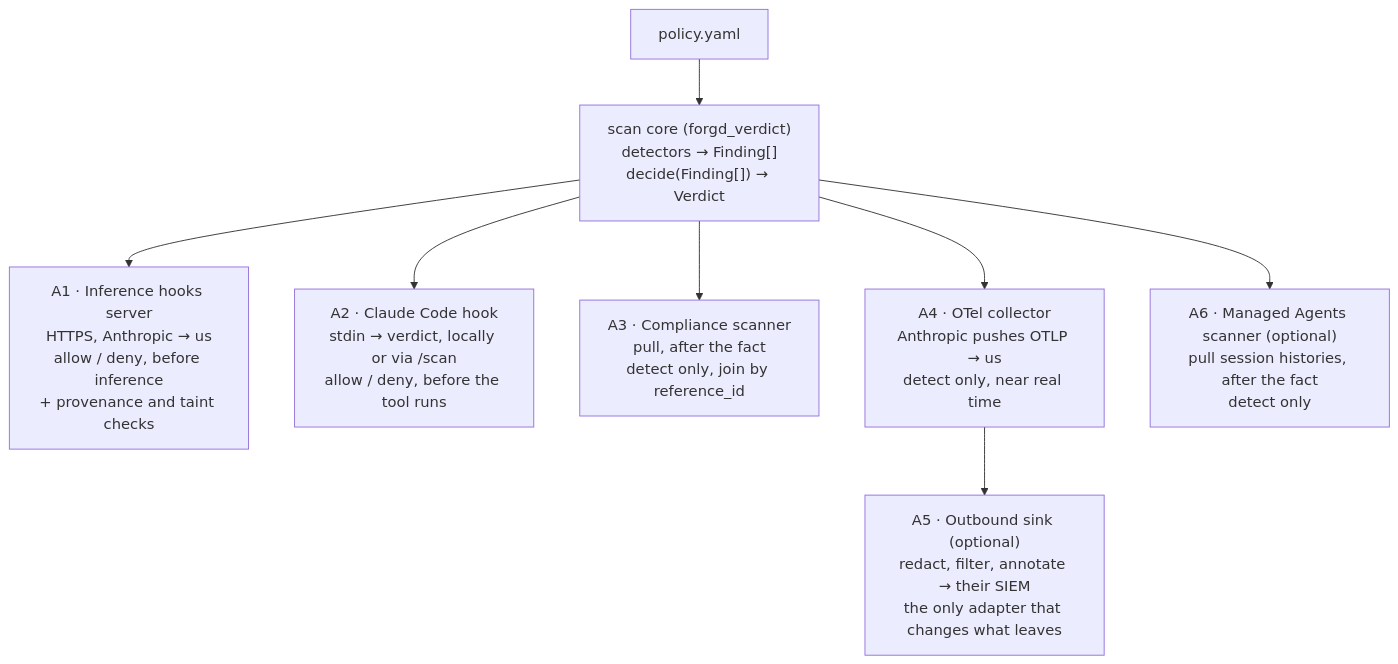
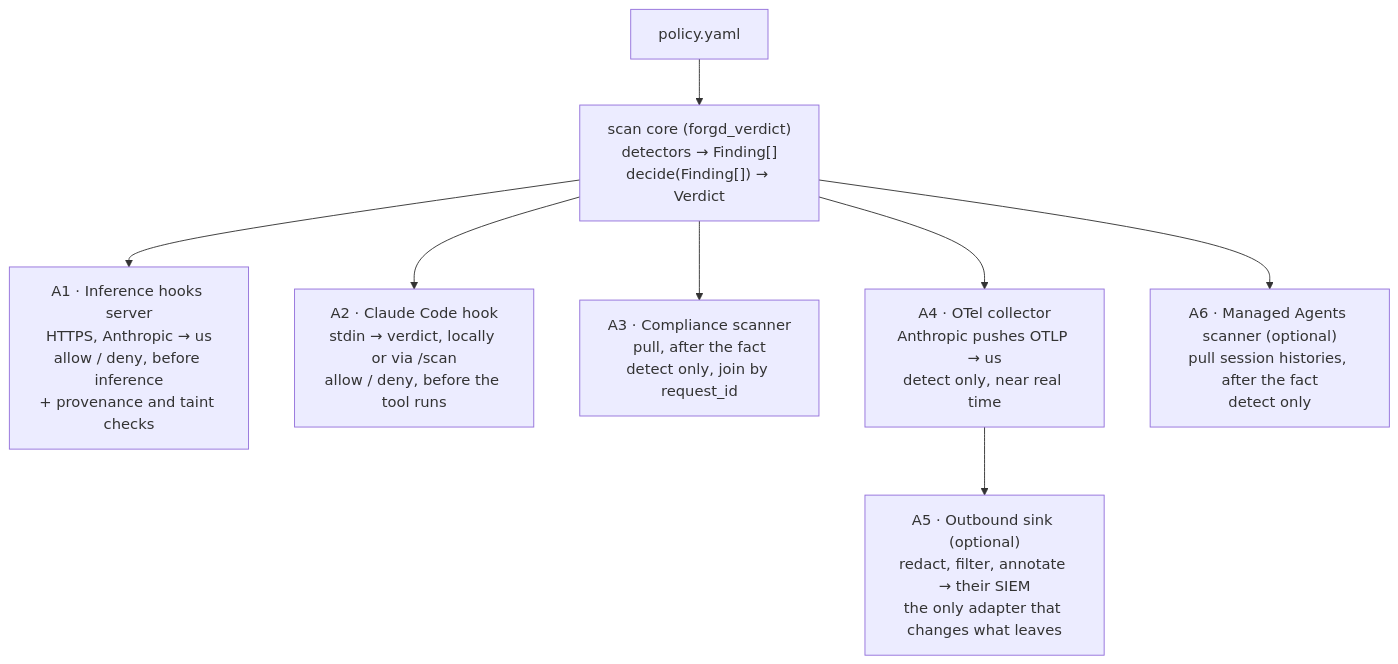
Before and after one commit to forgd-ai/forgd-verdict: the diagram in README.md, drawn with Mermaid. The commit also changed 14 other files, not shown here.

Commit message:
feat(store): join Inference hooks denials by Anthropic's request_id, and record which event was denied (#50)

````diff
--- a/README.md
+++ b/README.md
@@ -70,12 +70,12 @@
 ```mermaid
 flowchart TD
     P["policy.yaml"]
     C["scan core (forgd_verdict)<br/>detectors → Finding[]<br/>decide(Finding[]) → Verdict"]
     P --> C
     C --> A1["A1 · Inference hooks server<br/>HTTPS, Anthropic → us<br/>allow / deny, before inference<br/>+ provenance and taint checks"]
     C --> A2["A2 · Claude Code hook<br/>stdin → verdict, locally or via /scan<br/>allow / deny, before the tool runs"]
-    C --> A3["A3 · Compliance scanner<br/>pull, after the fact<br/>detect only, join by reference_id"]
+    C --> A3["A3 · Compliance scanner<br/>pull, after the fact<br/>detect only, join by request_id"]
     C --> A4["A4 · OTel collector<br/>Anthropic pushes OTLP → us<br/>detect only, near real time"]
     A4 --> A5["A5 · Outbound sink (optional)<br/>redact, filter, annotate → their SIEM<br/>the only adapter that changes what leaves"]
     C --> A6["A6 · Managed Agents scanner (optional)<br/>pull session histories, after the fact<br/>detect only"]
 ```
````
